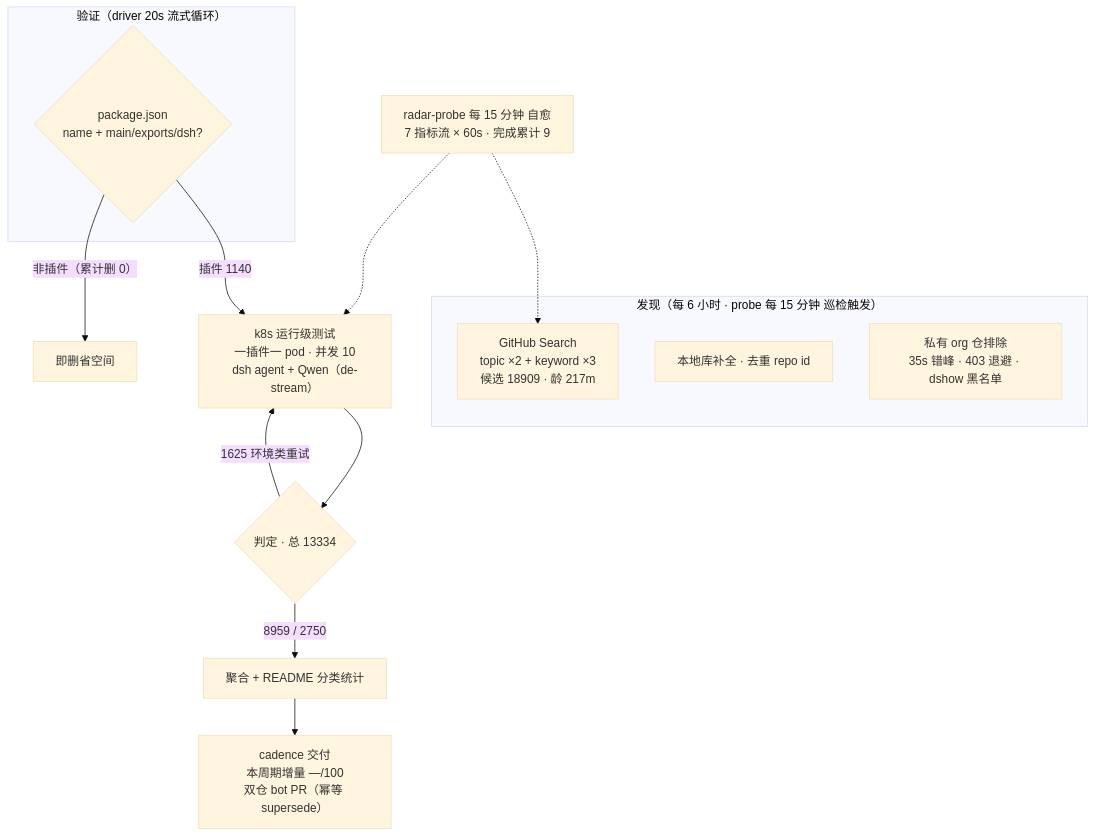
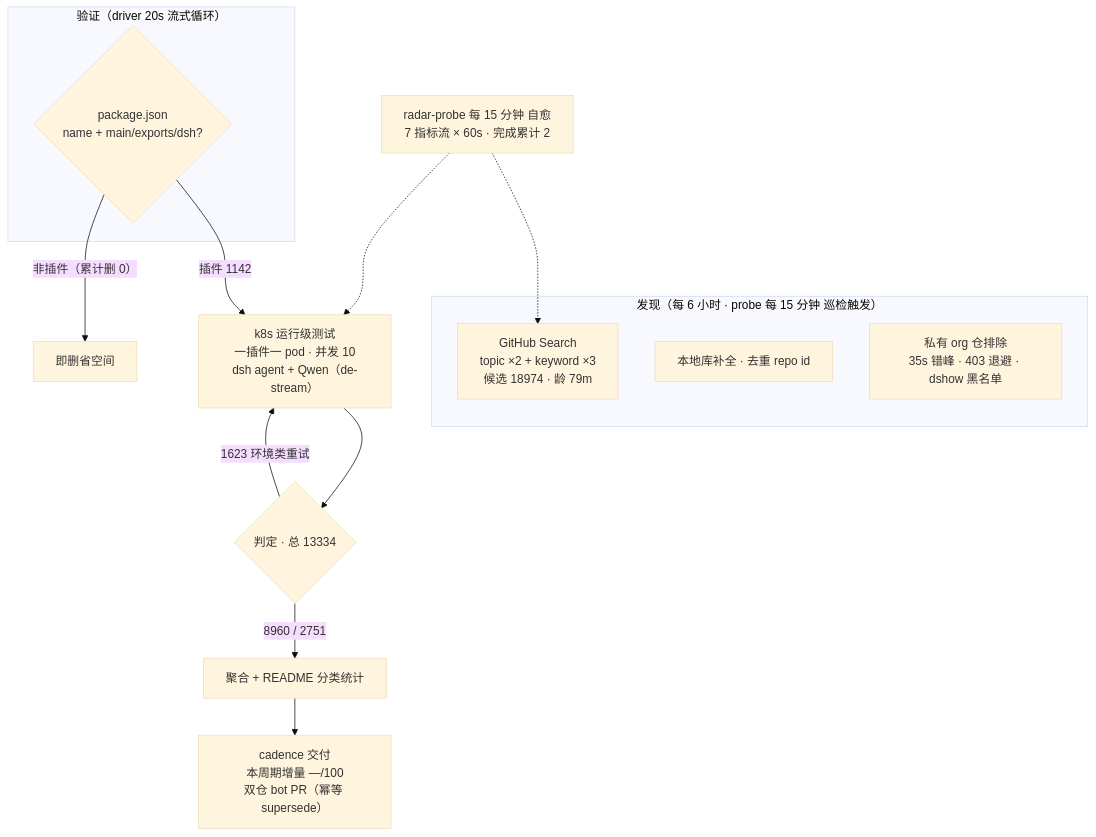
One commit to Zhidao-Lab-OSS/awesome-dsh-plugins changed the diagram in README.md. Above: the diagram before and after it, drawn with Mermaid (base theme). The commit also changed other lines of this file and 1 other file, not shown here.

````diff
--- a/README.md
+++ b/README.md
@@ -53,20 +54,20 @@
 ```mermaid
 flowchart TB
     subgraph Discovery["发现（每 6 小时 · probe 每 15 分钟 巡检触发）"]
-        A1["GitHub Search<br/>topic ×2 + keyword ×3<br/>候选 18909 · 龄 217m"]
+        A1["GitHub Search<br/>topic ×2 + keyword ×3<br/>候选 18974 · 龄 79m"]
         A2["本地库补全 · 去重 repo id"]
         A3["私有 org 仓排除<br/>35s 错峰 · 403 退避 · dshow 黑名单"]
     end
     subgraph Validation["验证（driver 20s 流式循环）"]
         B1{"package.json<br/>name + main/exports/dsh?"}
     end
-    B1 -->|"插件 1140"| C1["k8s 运行级测试<br/>一插件一 pod · 并发 10<br/>dsh agent + Qwen（de-stream）"]
+    B1 -->|"插件 1142"| C1["k8s 运行级测试<br/>一插件一 pod · 并发 10<br/>dsh agent + Qwen（de-stream）"]
     B1 -->|"非插件（累计删 0）"| B3["即删省空间"]
     C1 --> D1{"判定 · 总 13334"}
-    D1 -->|"8959 / 2750"| E1["聚合 + README 分类统计"]
-    D1 -->|"1625 环境类重试"| C1
+    D1 -->|"8960 / 2751"| E1["聚合 + README 分类统计"]
+    D1 -->|"1623 环境类重试"| C1
     E1 --> E2["cadence 交付<br/>本周期增量 —/100<br/>双仓 bot PR（幂等 supersede）"]
-    M["radar-probe 每 15 分钟 自愈<br/>7 指标流 × 60s · 完成累计 9"]
+    M["radar-probe 每 15 分钟 自愈<br/>7 指标流 × 60s · 完成累计 2"]
     M -.-> A1
     M -.-> C1
 ```
````
